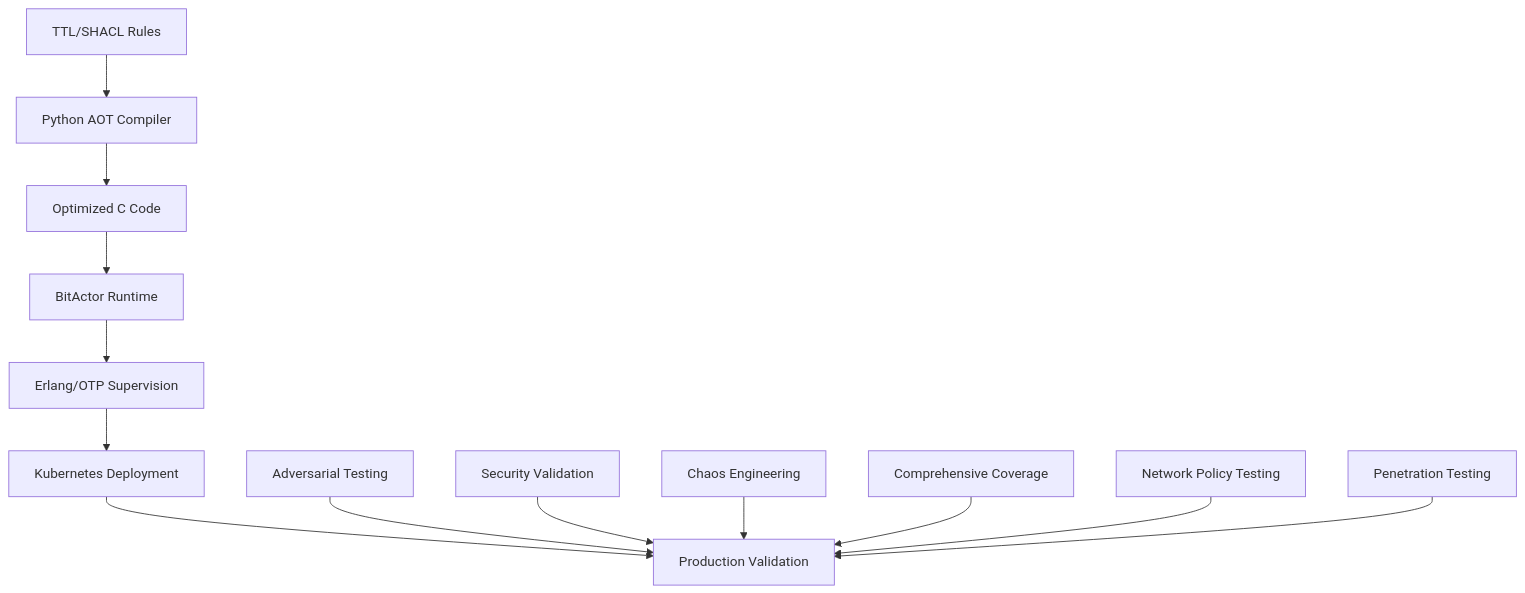
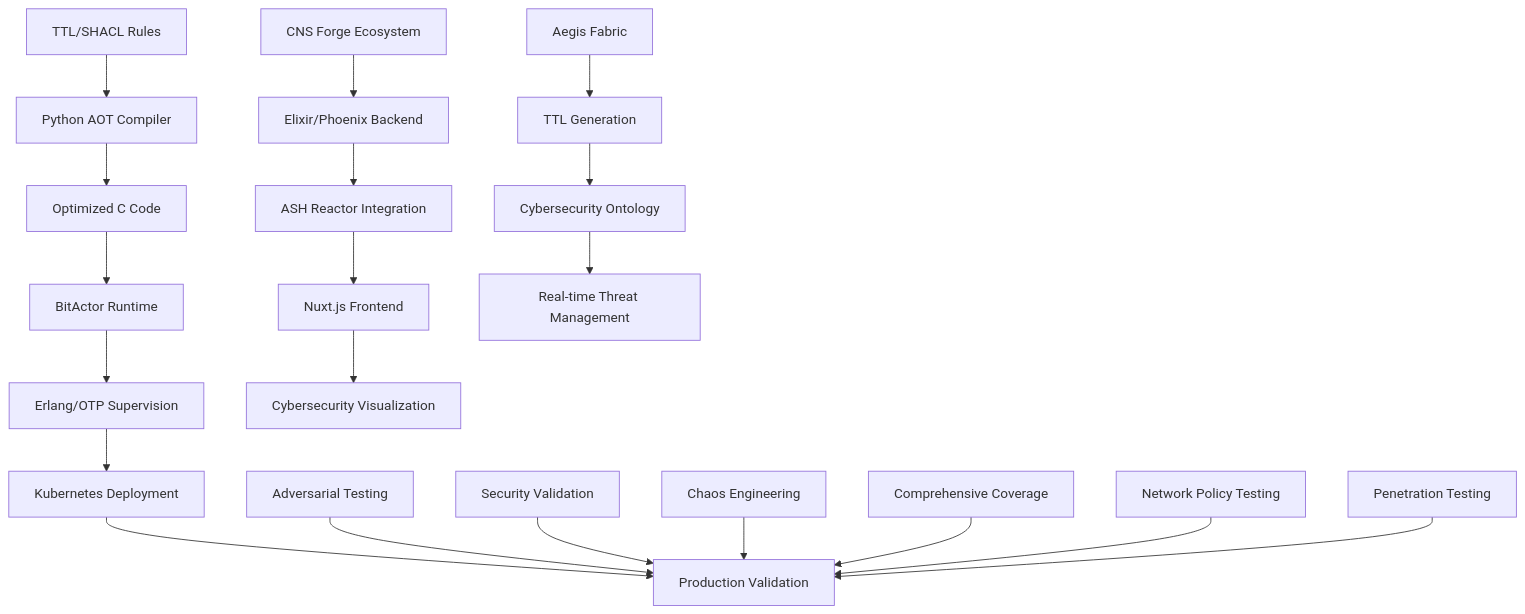
The diagram in README.md (seanchatmangpt/chatman-nano-stack), drawn with Mermaid before and after one commit. The commit also changed other lines of this file and 420 other files, not shown here.

Commit message:
Update CNS Forge documentation and implementation - comprehensive generative functionality analysis and technical architecture

````diff
--- a/README.md
+++ b/README.md
@@ -25,16 +26,25 @@
 ```mermaid
 graph TD
     A[TTL/SHACL Rules] --> B[Python AOT Compiler]
     B --> C[Optimized C Code]
     C --> D[BitActor Runtime]
     D --> E[Erlang/OTP Supervision]
     E --> F[Kubernetes Deployment]
     F --> G[Production Validation]
     
     H[Adversarial Testing] --> G
     I[Security Validation] --> G
     J[Chaos Engineering] --> G
     K[Comprehensive Coverage] --> G
     L[Network Policy Testing] --> G
     M[Penetration Testing] --> G
+    
+    N[CNS Forge Ecosystem] --> O[Elixir/Phoenix Backend]
+    O --> P[ASH Reactor Integration]
+    P --> Q[Nuxt.js Frontend]
+    Q --> R[Cybersecurity Visualization]
+    
+    S[Aegis Fabric] --> T[TTL Generation]
+    T --> U[Cybersecurity Ontology]
+    U --> V[Real-time Threat Management]
 ```
````
